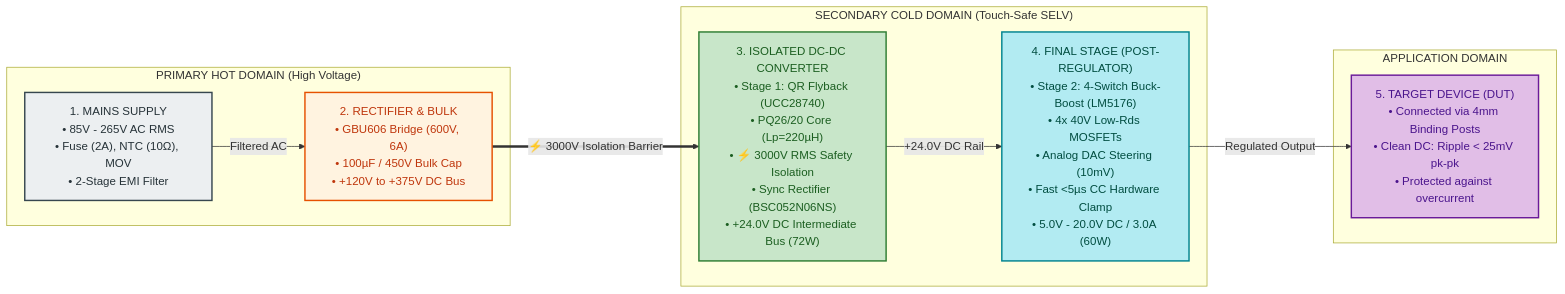
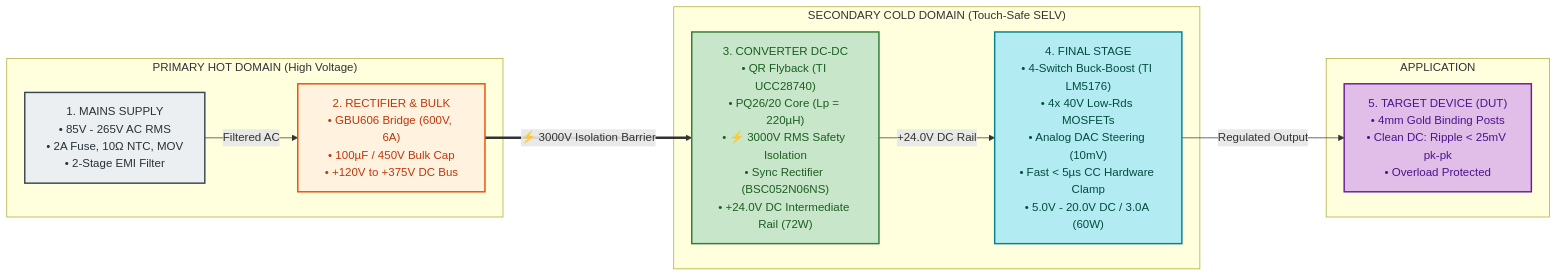
Before and after one commit to tthongs/av_iv: the first of 5 diagrams in smart_programmable_power_supply/PRODUCT_REQUIREMENT_DOCUMENT_PRD.md, drawn with Mermaid. The commit also changed other lines of this file and 20 other files, not shown here.

Commit message:
docs: complete simplified 4-stage PRD with internal sub-block diagrams, docx deliverables, and interview defense cheatsheet

````diff
--- a/smart_programmable_power_supply/PRODUCT_REQUIREMENT_DOCUMENT_PRD.md
+++ b/smart_programmable_power_supply/PRODUCT_REQUIREMENT_DOCUMENT_PRD.md
@@ -208,28 +65,27 @@
 ```mermaid
 flowchart LR
-    %% Domain Styles
     classDef acStyle fill:#ECEFF1,stroke:#37474F,stroke-width:2px,color:#263238
     classDef rectStyle fill:#FFF3E0,stroke:#E65100,stroke-width:2px,color:#BF360C
     classDef isoStyle fill:#C8E6C9,stroke:#2E7D32,stroke-width:2px,color:#1B5E20
     classDef bbStyle fill:#B2EBF2,stroke:#00838F,stroke-width:2px,color:#004D40
     classDef dutStyle fill:#E1BEE7,stroke:#6A1B9A,stroke-width:2px,color:#4A148C
 
     subgraph HOT_DOMAIN ["PRIMARY HOT DOMAIN (High Voltage)"]
-        S1["1. MAINS SUPPLY<br/>• 85V - 265V AC RMS<br/>• Fuse (2A), NTC (10Ω), MOV<br/>• 2-Stage EMI Filter"]:::acStyle
+        S1["1. MAINS SUPPLY<br/>• 85V - 265V AC RMS<br/>• 2A Fuse, 10Ω NTC, MOV<br/>• 2-Stage EMI Filter"]:::acStyle
         S2["2. RECTIFIER & BULK<br/>• GBU606 Bridge (600V, 6A)<br/>• 100µF / 450V Bulk Cap<br/>• +120V to +375V DC Bus"]:::rectStyle
         S1 -->|"Filtered AC"| S2
     end
 
     subgraph COLD_DOMAIN ["SECONDARY COLD DOMAIN (Touch-Safe SELV)"]
-        S3["3. ISOLATED DC-DC CONVERTER<br/>• Stage 1: QR Flyback (UCC28740)<br/>• PQ26/20 Core (Lp=220µH)<br/>• ⚡ 3000V RMS Safety Isolation<br/>• Sync Rectifier (BSC052N06NS)<br/>• +24.0V DC Intermediate Bus (72W)"]:::isoStyle
-        S4["4. FINAL STAGE (POST-REGULATOR)<br/>• Stage 2: 4-Switch Buck-Boost (LM5176)<br/>• 4x 40V Low-Rds MOSFETs<br/>• Analog DAC Steering (10mV)<br/>• Fast <5µs CC Hardware Clamp<br/>• 5.0V - 20.0V DC / 3.0A (60W)"]:::bbStyle
+        S3["3. CONVERTER DC-DC<br/>• QR Flyback (TI UCC28740)<br/>• PQ26/20 Core (Lp = 220µH)<br/>• ⚡ 3000V RMS Safety Isolation<br/>• Sync Rectifier (BSC052N06NS)<br/>• +24.0V DC Intermediate Rail (72W)"]:::isoStyle
+        S4["4. FINAL STAGE<br/>• 4-Switch Buck-Boost (TI LM5176)<br/>• 4x 40V Low-Rds MOSFETs<br/>• Analog DAC Steering (10mV)<br/>• Fast < 5µs CC Hardware Clamp<br/>• 5.0V - 20.0V DC / 3.0A (60W)"]:::bbStyle
         S3 -->|"+24.0V DC Rail"| S4
     end
 
-    subgraph LOAD_DOMAIN ["APPLICATION DOMAIN"]
-        S5["5. TARGET DEVICE (DUT)<br/>• Connected via 4mm Binding Posts<br/>• Clean DC: Ripple < 25mV pk-pk<br/>• Protected against overcurrent"]:::dutStyle
+    subgraph LOAD_DOMAIN ["APPLICATION"]
+        S5["5. TARGET DEVICE (DUT)<br/>• 4mm Gold Binding Posts<br/>• Clean DC: Ripple < 25mV pk-pk<br/>• Overload Protected"]:::dutStyle
     end
 
     S2 ==>|"⚡ 3000V Isolation Barrier"| S3
     S4 -->|"Regulated Output"| S5
 ```
````
